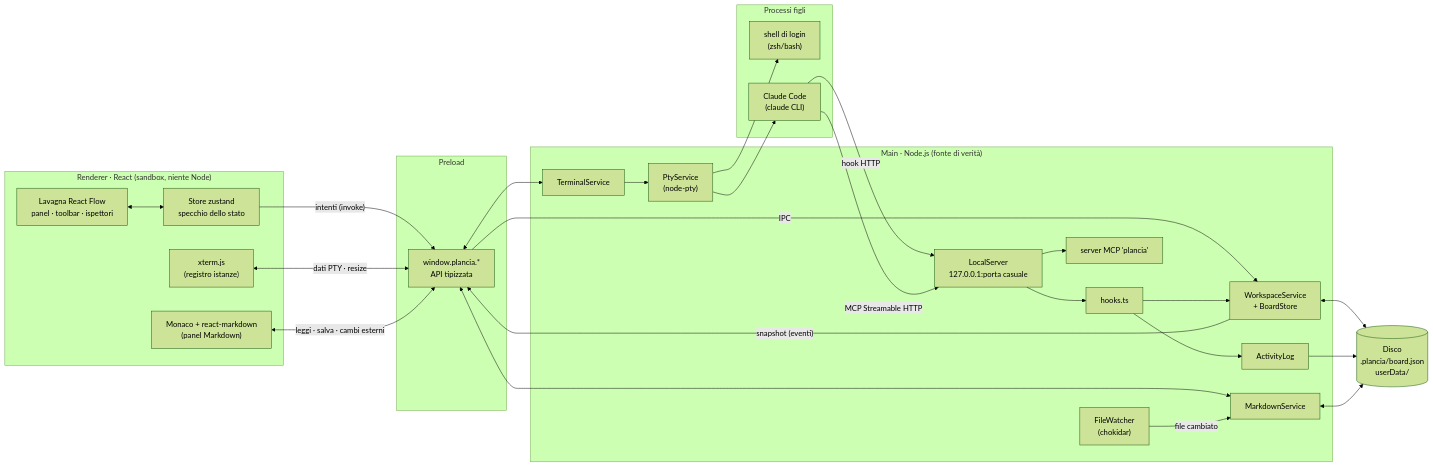
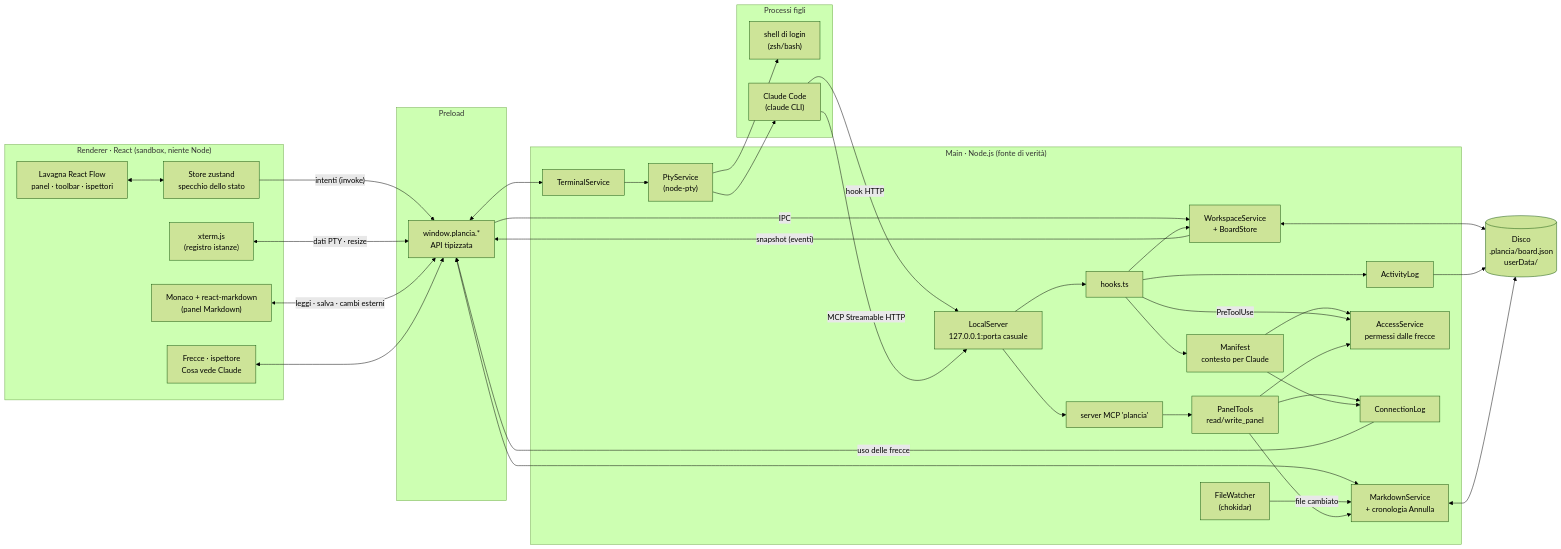
One commit to Marco-Pagnanini/OpenPlancia changed the first of 13 diagrams in ARCHITECTURE.md. Above: the diagram before and after it, drawn with Mermaid (forest theme). The commit also changed other lines of this file and 39 other files, not shown here.

````diff
--- a/ARCHITECTURE.md
+++ b/ARCHITECTURE.md
@@ -12,53 +12,66 @@
 ```mermaid
 flowchart LR
   subgraph R["Renderer · React (sandbox, niente Node)"]
     UI["Lavagna React Flow<br/>panel · toolbar · ispettori"]
     ST["Store zustand<br/>specchio dello stato"]
     XT["xterm.js<br/>(registro istanze)"]
     ED["Monaco + react-markdown<br/>(panel Markdown)"]
+    WR["Frecce · ispettore<br/>Cosa vede Claude"]
   end
 
   subgraph P["Preload"]
     API["window.plancia.*<br/>API tipizzata"]
   end
 
   subgraph M["Main · Node.js (fonte di verità)"]
     WS["WorkspaceService<br/>+ BoardStore"]
     TS["TerminalService"]
     PTY["PtyService<br/>(node-pty)"]
     SRV["LocalServer<br/>127.0.0.1:porta casuale"]
     HK["hooks.ts"]
     MCP["server MCP 'plancia'"]
     ACT["ActivityLog"]
-    MD["MarkdownService"]
+    MD["MarkdownService<br/>+ cronologia Annulla"]
     FW["FileWatcher<br/>(chokidar)"]
+    AC["AccessService<br/>permessi dalle frecce"]
+    MF["Manifest<br/>contesto per Claude"]
+    PT["PanelTools<br/>read/write_panel"]
+    CL["ConnectionLog"]
   end
 
   subgraph X["Processi figli"]
     SH["shell di login<br/>(zsh/bash)"]
     CC["Claude Code<br/>(claude CLI)"]
   end
 
   DISK[("Disco<br/>.plancia/board.json<br/>userData/")]
 
   UI <--> ST
   ST -- "intenti (invoke)" --> API
   API -- "IPC" --> WS
   WS -- "snapshot (eventi)" --> API
   XT <-- "dati PTY · resize" --> API
   API <--> TS
   TS --> PTY
   PTY --> SH
   PTY --> CC
   CC -- "hook HTTP" --> SRV
   CC -- "MCP Streamable HTTP" --> SRV
   SRV --> HK --> WS
   HK --> ACT
   SRV --> MCP
   WS <--> DISK
   ACT --> DISK
   ED <-- "leggi · salva · cambi esterni" --> API
   API <--> MD
   MD <--> DISK
   FW -- "file cambiato" --> MD
+  HK --> MF --> AC
+  HK -- "PreToolUse" --> AC
+  MCP --> PT --> AC
+  PT --> MD
+  PT --> CL
+  MF --> CL
+  CL -- "uso delle frecce" --> API
+  WR <--> API
 ```
````
